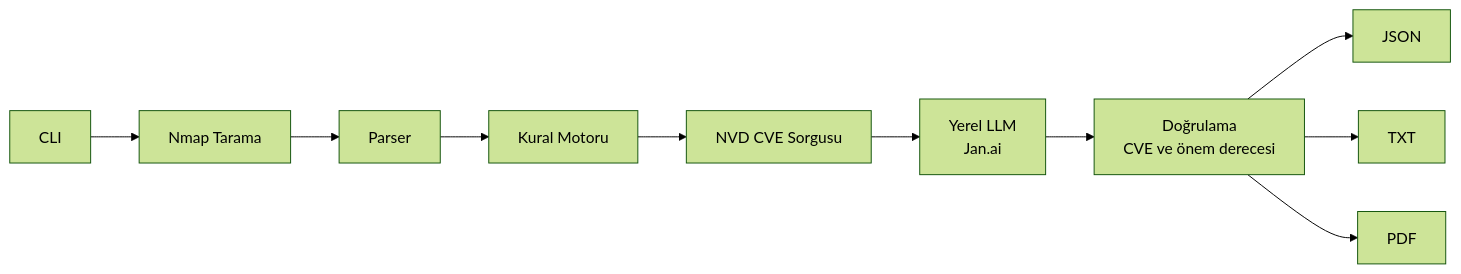
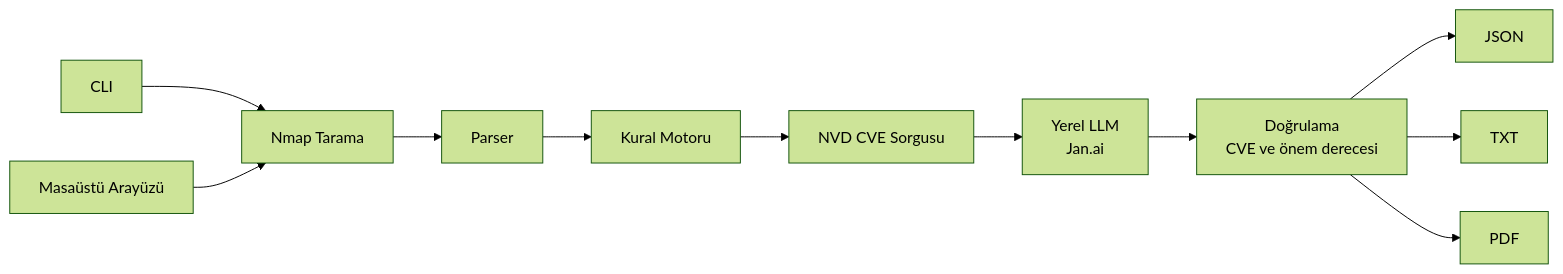
Before and after one commit to Metehan-Bilir-dev/local-ai-network-analyzer: the diagram in README.md, drawn with Mermaid (forest theme). The commit also changed other lines of this file and 2 other files, not shown here.

Commit message:
Tkinter masaüstü arayüzü eklendi, README güncellendi

````diff
--- a/README.md
+++ b/README.md
@@ -24,12 +21,13 @@
 ```mermaid
 flowchart LR
-    A[CLI] --> B[Nmap Tarama]
+    A1[CLI] --> B[Nmap Tarama]
+    A2[Masaüstü Arayüzü] --> B
     B --> C[Parser]
     C --> D[Kural Motoru]
     D --> E[NVD CVE Sorgusu]
     E --> F[Yerel LLM<br/>Jan.ai]
     F --> G[Doğrulama<br/>CVE ve önem derecesi]
     G --> H[JSON]
     G --> I[TXT]
     G --> J[PDF]
 ```
````
